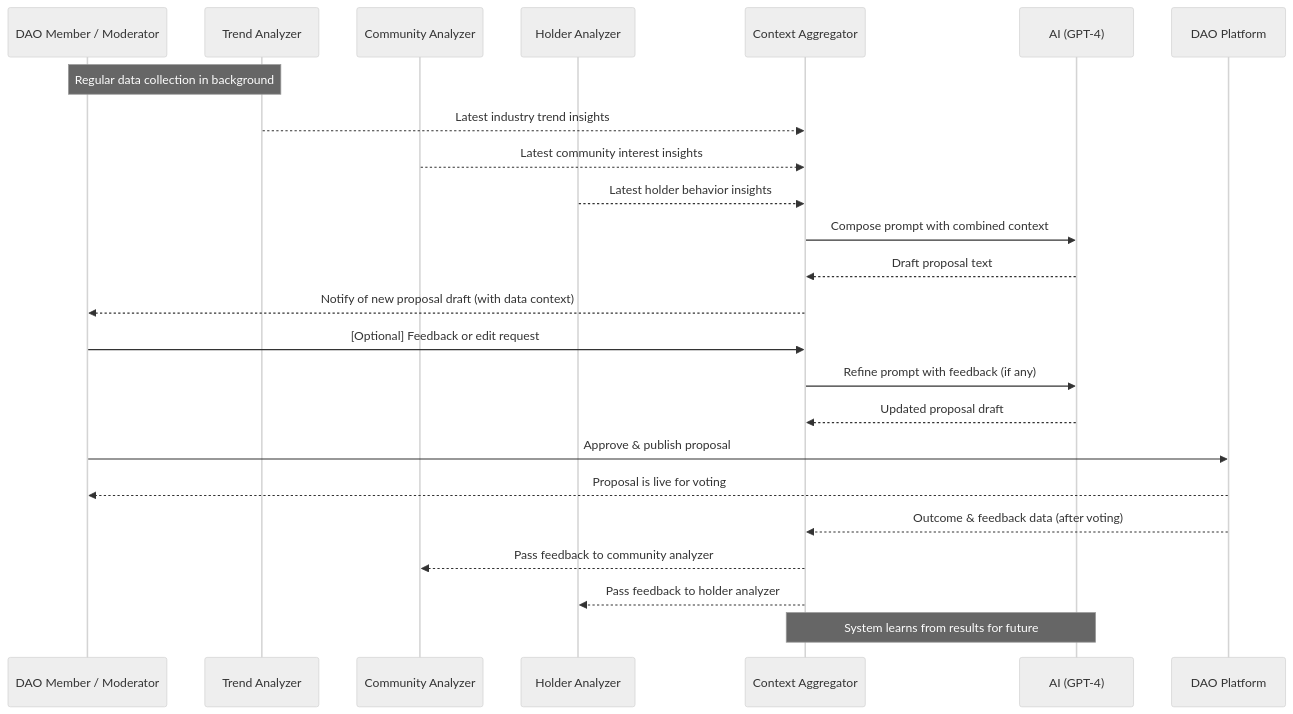
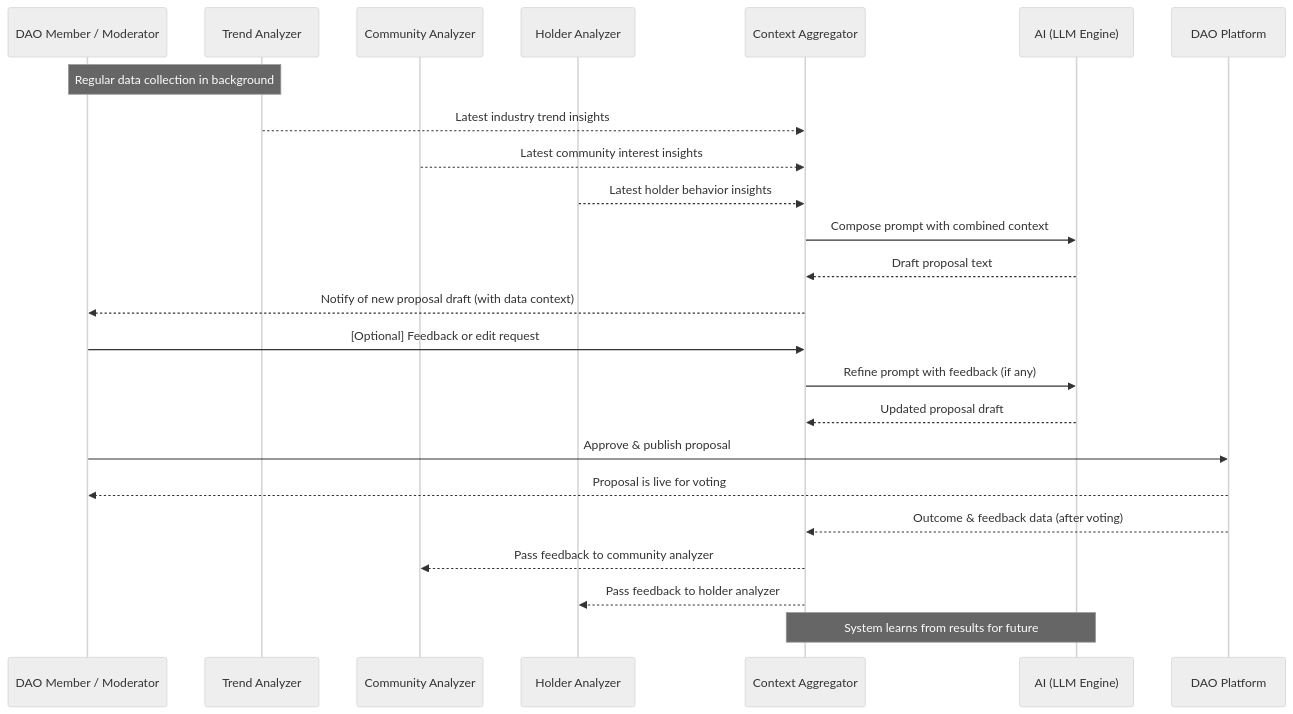
One commit to mossland/MosslandAI changed the second of 2 diagrams in AI-DAO-Summarization/AI_Driven_DAO_Proposal_Generation_System.md. Above: the diagram before and after it, drawn with Mermaid (neutral theme). The commit also changed other lines of this file and 45 other files, not shown here.

````diff
--- a/AI-DAO-Summarization/AI_Driven_DAO_Proposal_Generation_System.md
+++ b/AI-DAO-Summarization/AI_Driven_DAO_Proposal_Generation_System.md
@@ -134,27 +134,27 @@
 ```mermaid
 sequenceDiagram
     participant User as DAO Member / Moderator
     participant Trend as Trend Analyzer
     participant Community as Community Analyzer
     participant Holder as Holder Analyzer
     participant Agg as Context Aggregator
-    participant LLM as AI (GPT-4)
+    participant LLM as AI (LLM Engine)
     participant DAO as DAO Platform
 
     Note over User,Trend: Regular data collection in background
     Trend-->>Agg: Latest industry trend insights
     Community-->>Agg: Latest community interest insights
     Holder-->>Agg: Latest holder behavior insights
     Agg->>LLM: Compose prompt with combined context
     LLM-->>Agg: Draft proposal text
     Agg-->>User: Notify of new proposal draft (with data context)
     User->>Agg: [Optional] Feedback or edit request
     Agg->>LLM: Refine prompt with feedback (if any)
     LLM-->>Agg: Updated proposal draft
     User->>DAO: Approve & publish proposal
     DAO-->>User: Proposal is live for voting
     DAO-->>Agg: Outcome & feedback data (after voting)
     Agg-->>Community: Pass feedback to community analyzer
     Agg-->>Holder: Pass feedback to holder analyzer
     Note over Agg,LLM: System learns from results for future
 ```
````
